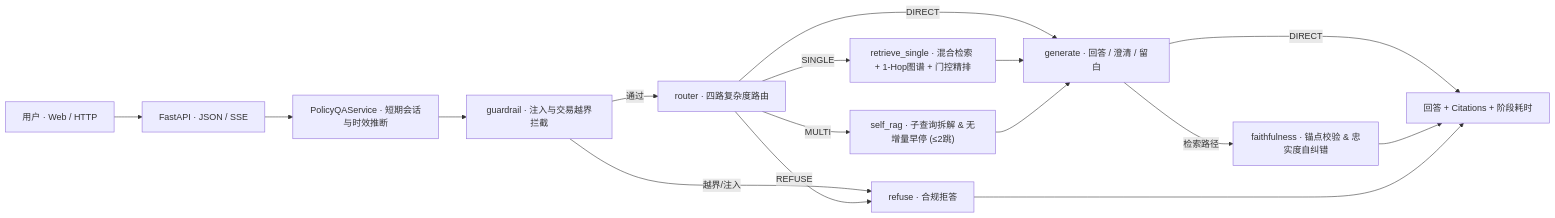
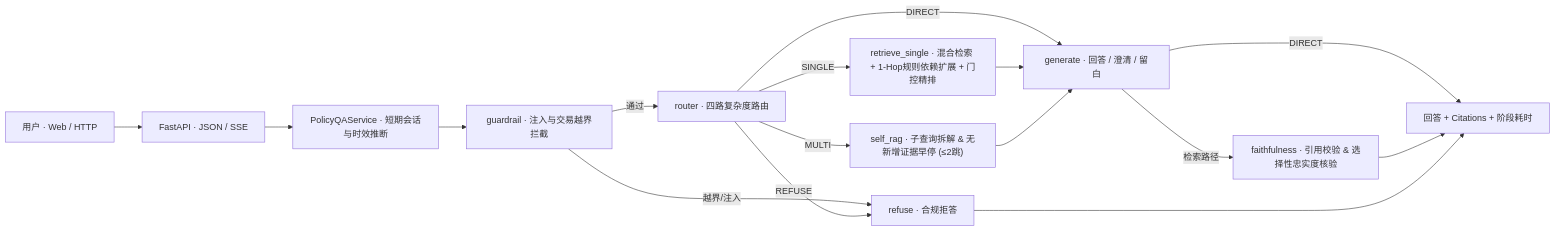
The diagram in README.md (yingjun-huang/policy-RAG), drawn with Mermaid before and after one commit. The commit also changed other lines of this file and 16 other files, not shown here.

````diff
--- a/README.md
+++ b/README.md
@@ -43,18 +43,18 @@
 ```mermaid
 flowchart LR
     U["用户 · Web / HTTP"] --> API["FastAPI · JSON / SSE"]
     API --> S["PolicyQAService · 短期会话与时效推断"]
     S --> GR["guardrail · 注入与交易越界拦截"]
     GR -- 越界/注入 --> RF["refuse · 合规拒答"]
     GR -- 通过 --> RT["router · 四路复杂度路由"]
     RT -- DIRECT --> GEN["generate · 回答 / 澄清 / 留白"]
     RT -- REFUSE --> RF
-    RT -- SINGLE --> S1["retrieve_single · 混合检索 + 1-Hop图谱 + 门控精排"]
-    RT -- MULTI --> SR["self_rag · 子查询拆解 & 无增量早停 (≤2跳)"]
+    RT -- SINGLE --> S1["retrieve_single · 混合检索 + 1-Hop规则依赖扩展 + 门控精排"]
+    RT -- MULTI --> SR["self_rag · 子查询拆解 & 无新增证据早停 (≤2跳)"]
     S1 --> GEN
     SR --> GEN
     GEN -- DIRECT --> OUT["回答 + Citations + 阶段耗时"]
-    GEN -- 检索路径 --> FAITH["faithfulness · 锚点校验 & 忠实度自纠错"]
+    GEN -- 检索路径 --> FAITH["faithfulness · 引用校验 & 选择性忠实度核验"]
     FAITH --> OUT
     RF --> OUT
 ```
````
